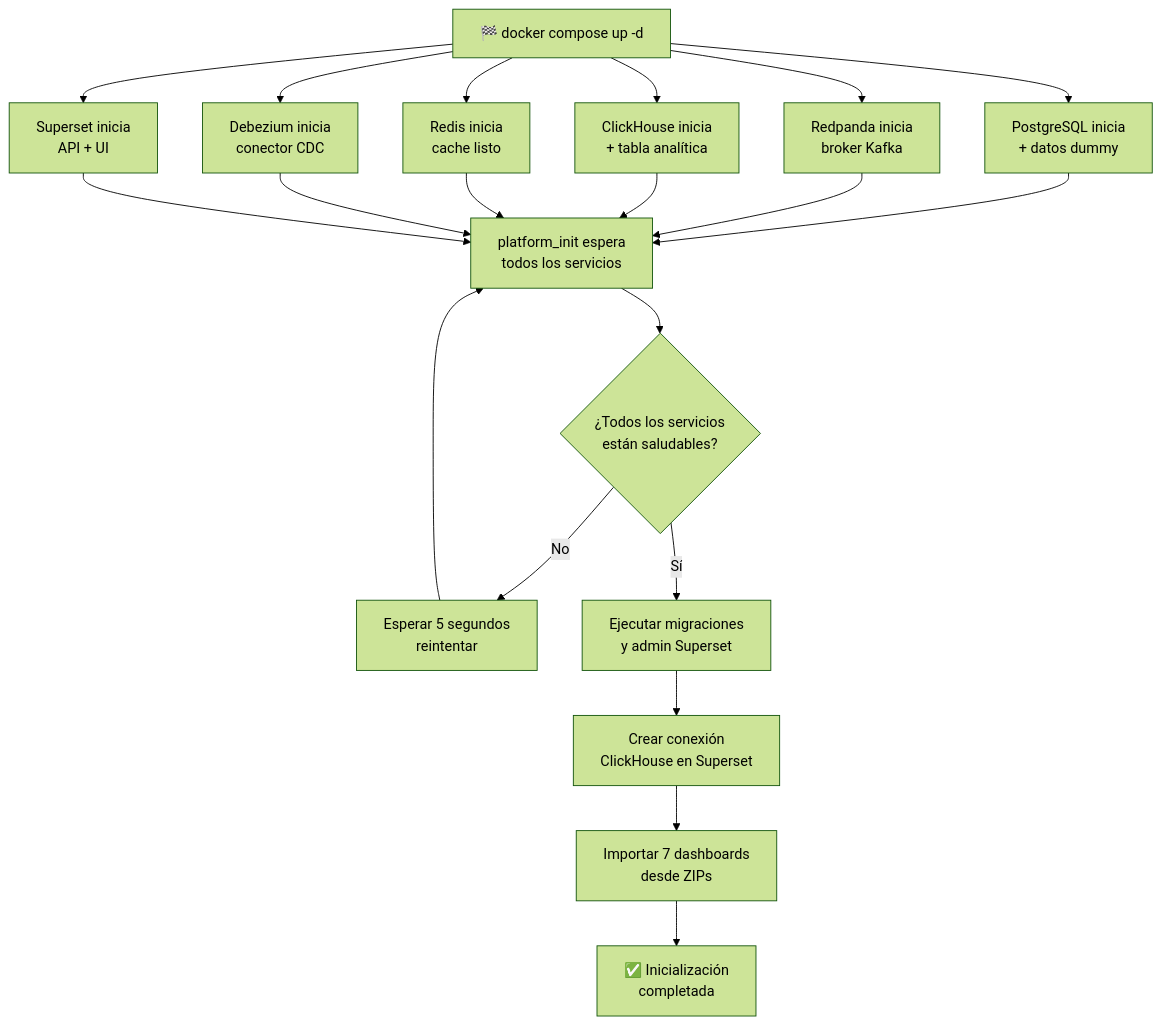
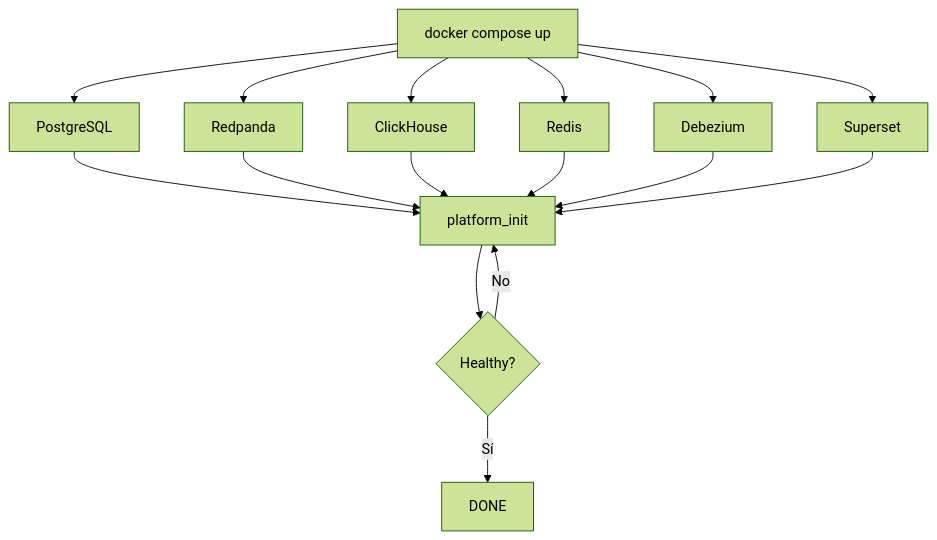
Before and after one commit to danitorey/superset_generico: the third of 3 diagrams in README.md, drawn with Mermaid (forest theme). The commit also changed other lines of this file, not shown here.

````diff
--- a/README.md
+++ b/README.md
@@ -114,38 +75,13 @@
 ```mermaid
 flowchart TD
-    A[🏁 docker compose up -d] --> B[PostgreSQL inicia
-+ datos dummy]
-    A --> C[Redpanda inicia
-broker Kafka]
-    A --> D[ClickHouse inicia
-+ tabla analítica]
-    A --> E[Redis inicia
-cache listo]
-    A --> F[Debezium inicia
-conector CDC]
-    A --> G[Superset inicia
-API + UI]
-    
-    B --> H[platform_init espera
-todos los servicios]
-    C --> H
-    D --> H
-    E --> H
-    F --> H
-    G --> H
-    
-    H --> I{¿Todos los servicios
-están saludables?}
-    I -->|No| WAIT[Esperar 5 segundos
-reintentar]
-    WAIT --> H
-    
-    I -->|Sí| J[Ejecutar migraciones
-y admin Superset]
-    J --> K[Crear conexión
-ClickHouse en Superset]
-    K --> L[Importar 7 dashboards
-desde ZIPs]
-    L --> M[✅ Inicialización
-completada]
+    A[docker compose up] --> B[PostgreSQL]
+    A --> C[Redpanda]
+    A --> D[ClickHouse]
+    A --> E[Redis]
+    A --> F[Debezium]
+    A --> G[Superset]
+    B & C & D & E & F & G --> H[platform_init]
+    H --> I{Healthy?}
+    I -->|Sí| DONE
+    I -->|No| H
 ```
````
